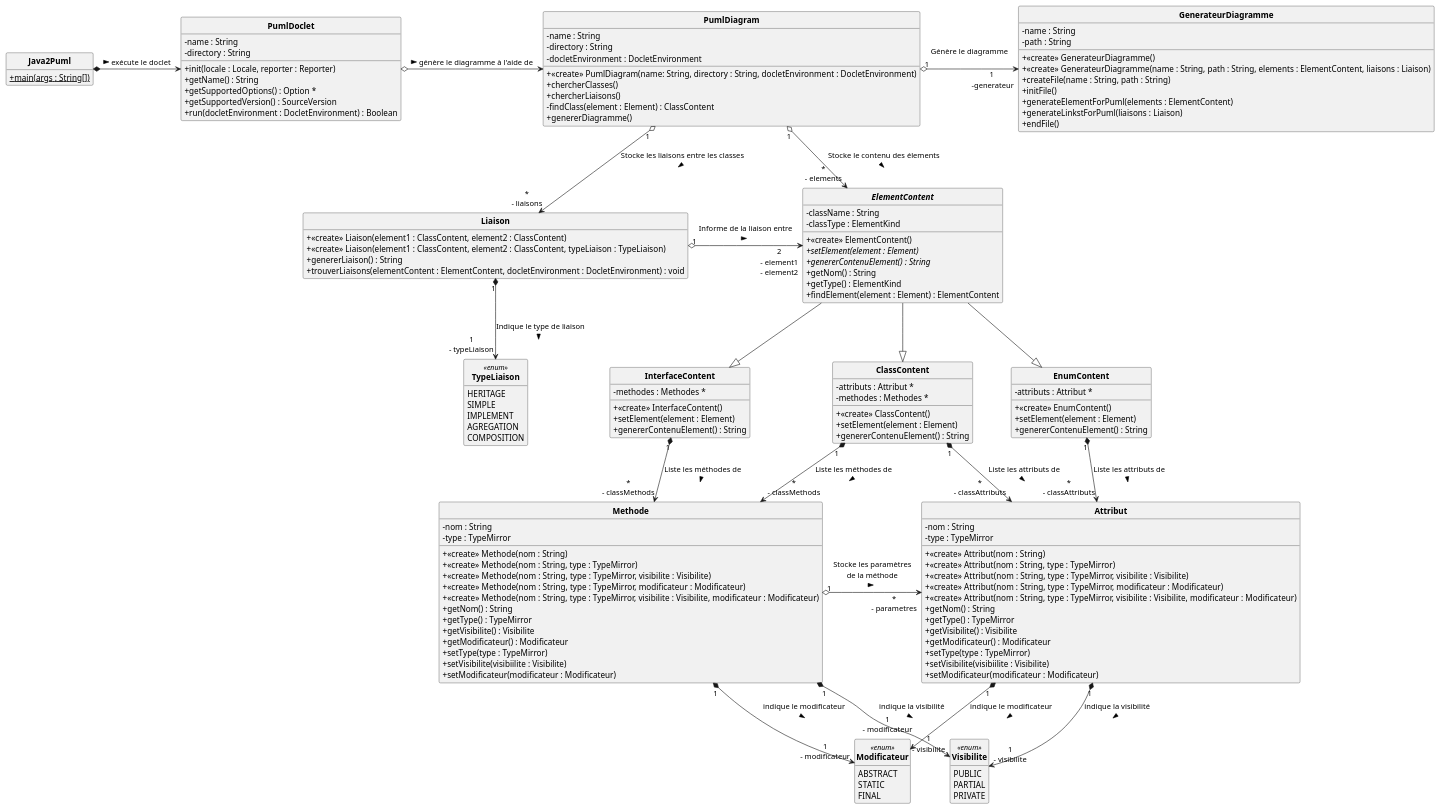
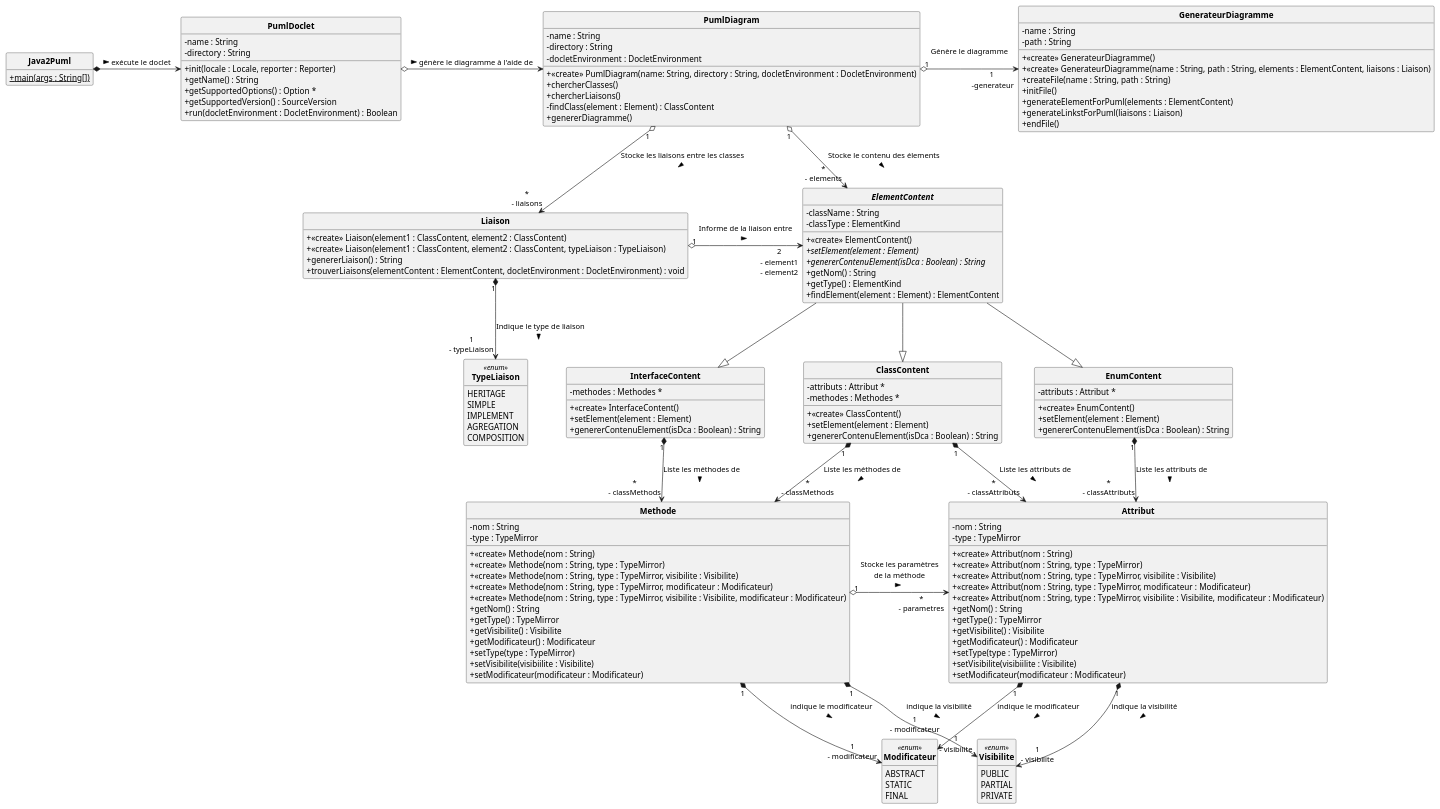
The diagram in uml/pumlFromJavaDCC.puml (DimToups/Java-to-PUML-converter), drawn with PlantUML before and after one commit. The commit also changed 1 other file, not shown here.

Commit message:
[Semaine4] Ajout de la classe GenerateurDiagramme et ajout de la majorité de son contenu

```diff
--- a/uml/pumlFromJavaDCC.puml
+++ b/uml/pumlFromJavaDCC.puml
@@ -1,148 +1,148 @@
 @startuml
 'https://plantuml.com/class-diagram
 
 skinparam style strictuml
 skinparam classAttributeIconSize 0
 skinparam classFontStyle Bold
 
 hide empty members
 
 class Java2Puml{
     + main(args : String[]) {static}
 }
 class PumlDoclet{
     - name : String
     - directory : String
     + init(locale : Locale, reporter : Reporter)
     + getName() : String
     + getSupportedOptions() : Option *
     + getSupportedVersion() : SourceVersion
     + run(docletEnvironment : DocletEnvironment) : Boolean
 }
 class PumlDiagram{
     - name : String
     - directory : String
     - docletEnvironment : DocletEnvironment
     + <<create>> PumlDiagram(name: String, directory : String, docletEnvironment : DocletEnvironment)
     + chercherClasses()
     + chercherLiaisons()
     - findClass(element : Element) : ClassContent
     + genererDiagramme()
 }
 abstract class ElementContent{
     - className : String
     - classType : ElementKind
     + <<create>> ElementContent()
     + setElement(element : Element) {abstract}
-    + genererContenuElement() : String {abstract}
+    + genererContenuElement(isDca : Boolean) : String {abstract}
     + getNom() : String
     + getType() : ElementKind
     + findElement(element : Element) : ElementContent
 }
 class EnumContent{
     - attributs : Attribut *
     + <<create>> EnumContent()
     + setElement(element : Element)
-    + genererContenuElement() : String
+    + genererContenuElement(isDca : Boolean) : String
 }
 class ClassContent{
     - attributs : Attribut *
     - methodes : Methodes *
     + <<create>> ClassContent()
     + setElement(element : Element)
-    + genererContenuElement() : String
+    + genererContenuElement(isDca : Boolean) : String
 }
 class InterfaceContent{
     - methodes : Methodes *
     + <<create>> InterfaceContent()
     + setElement(element : Element)
-    + genererContenuElement() : String
+    + genererContenuElement(isDca : Boolean) : String
 }
 class Attribut{
     - nom : String
     - type : TypeMirror
     + <<create>> Attribut(nom : String)
     + <<create>> Attribut(nom : String, type : TypeMirror)
     + <<create>> Attribut(nom : String, type : TypeMirror, visibilite : Visibilite)
     + <<create>> Attribut(nom : String, type : TypeMirror, modificateur : Modificateur)
     + <<create>> Attribut(nom : String, type : TypeMirror, visibilite : Visibilite, modificateur : Modificateur)
     + getNom() : String
     + getType() : TypeMirror
     + getVisibilite() : Visibilite
     + getModificateur() : Modificateur
     + setType(type : TypeMirror)
     + setVisibilite(visibiilite : Visibilite)
     + setModificateur(modificateur : Modificateur)
 }
 class Methode{
     - nom : String
         - type : TypeMirror
         + <<create>> Methode(nom : String)
         + <<create>> Methode(nom : String, type : TypeMirror)
         + <<create>> Methode(nom : String, type : TypeMirror, visibilite : Visibilite)
         + <<create>> Methode(nom : String, type : TypeMirror, modificateur : Modificateur)
         + <<create>> Methode(nom : String, type : TypeMirror, visibilite : Visibilite, modificateur : Modificateur)
         + getNom() : String
         + getType() : TypeMirror
         + getVisibilite() : Visibilite
         + getModificateur() : Modificateur
         + setType(type : TypeMirror)
         + setVisibilite(visibiilite : Visibilite)
         + setModificateur(modificateur : Modificateur)
 }
 enum Modificateur <<enum>>{
     ABSTRACT
     STATIC
     FINAL
 }
 class Liaison{
     + <<create>> Liaison(element1 : ClassContent, element2 : ClassContent)
     + <<create>> Liaison(element1 : ClassContent, element2 : ClassContent, typeLiaison : TypeLiaison)
     + genererLiaison() : String
     + trouverLiaisons(elementContent : ElementContent, docletEnvironment : DocletEnvironment) : void
 }
 enum TypeLiaison <<enum>>{
     HERITAGE
     SIMPLE
     IMPLEMENT
     AGREGATION
     COMPOSITION
 }
 enum Visibilite <<enum>>{
     PUBLIC
     PARTIAL
     PRIVATE
 }
 class GenerateurDiagramme{
     - name : String
     - path : String
     + <<create>> GenerateurDiagramme()
     + <<create>> GenerateurDiagramme(name : String, path : String, elements : ElementContent, liaisons : Liaison)
     + createFile(name : String, path : String)
     + initFile()
     + generateElementForPuml(elements : ElementContent)
     + generateLinkstForPuml(liaisons : Liaison)
     + endFile()
 }
 
 Java2Puml *-> PumlDoclet : > exécute le doclet
 PumlDoclet o-> PumlDiagram : > génère le diagramme à l'aide de
 PumlDiagram "1" o-> "1\n -generateur" GenerateurDiagramme : Génère le diagramme\n
 PumlDiagram "1" o-> "*\n- elements" ElementContent : Stocke le contenu des élements\n >
 PumlDiagram "1" o--> "*\n- liaisons" Liaison : Stocke les liaisons entre les classes\n >
 ElementContent --|> ClassContent
 ElementContent --|> EnumContent
 ElementContent --|> InterfaceContent
 ClassContent "1" *--> "*\n- classAttributs" Attribut : Liste les attributs de\n >
 ClassContent "1" *--> "*\n- classMethods" Methode : Liste les méthodes de\n >
 EnumContent "1" *--> "*\n- classAttributs" Attribut : Liste les attributs de\n >
 InterfaceContent "1" *--> "*\n- classMethods" Methode : Liste les méthodes de\n >
 Attribut "1" *--> "1\n- visibilite" Visibilite : indique la visibilité\n >
 Methode "1" *--> "1\n- visibilite" Visibilite : indique la visibilité\n >
 Attribut "1" *--> "1\n- modificateur" Modificateur : indique le modificateur\n >
 Methode "1" *--> "1\n- modificateur" Modificateur : indique le modificateur\n >
 Methode "1" o-> "*\n- parametres" Attribut : Stocke les paramètres\nde la méthode\n >
 Liaison "1" o-> "2\n- element1\n- element2" ElementContent : Informe de la liaison entre\n >
 Liaison "1" *--> "1\n- typeLiaison" TypeLiaison : Indique le type de liaison\n >
 
 @enduml
```
